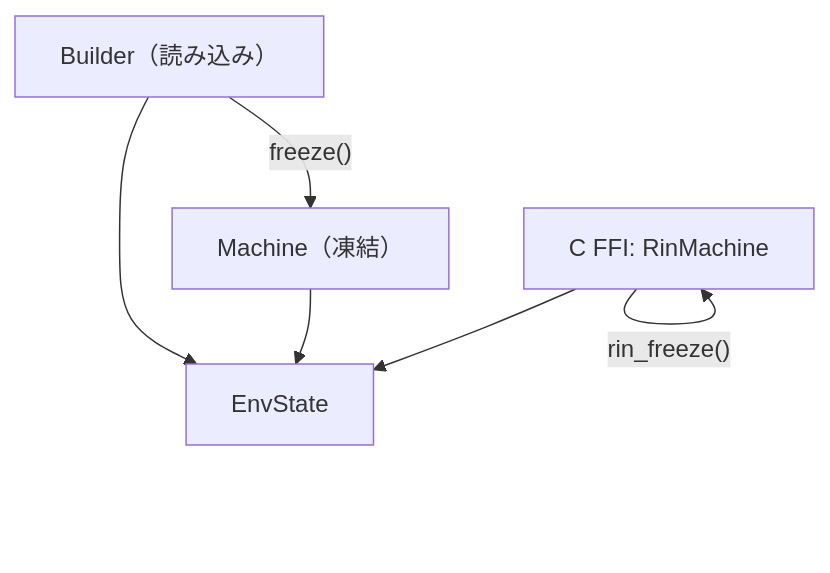
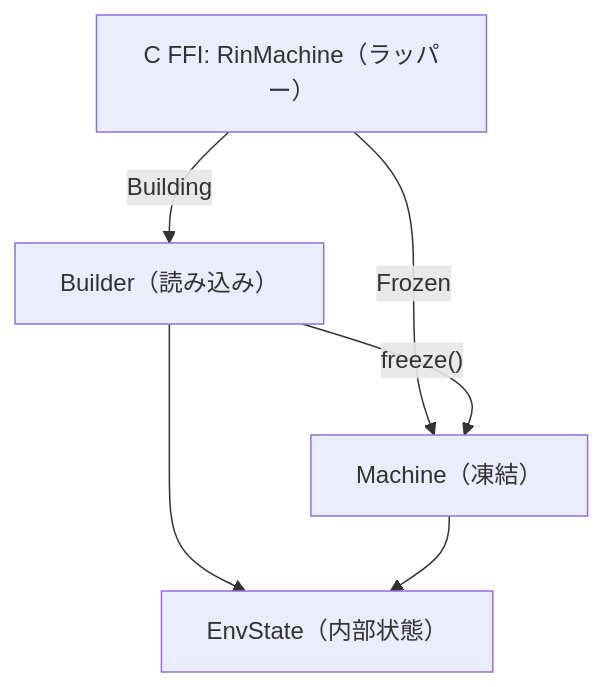
Before and after one commit to TappoyGK/rin: the first of 2 diagrams in docs/architecture.md, drawn with Mermaid. The commit also changed other lines of this file and 1 other file, not shown here.

Commit message:
docs: eval_with の重複キー規則と architecture.md の記述を実装に合わせる

````diff
--- a/docs/architecture.md
+++ b/docs/architecture.md
@@ -14,8 +14,8 @@
 ```mermaid
 flowchart TD
-    B["Builder（読み込み）"] -->|"freeze()"| M["Machine（凍結）"]
-    F["C FFI: RinMachine"] -->|"rin_freeze()"| F
-    B --> E["EnvState"]
+    F["C FFI: RinMachine（ラッパー）"] -->|"Building"| B["Builder（読み込み）"]
+    F -->|"Frozen"| M["Machine（凍結）"]
+    B -->|"freeze()"| M
+    B --> E["EnvState（内部状態）"]
     M --> E
-    F --> E
 ```
````
